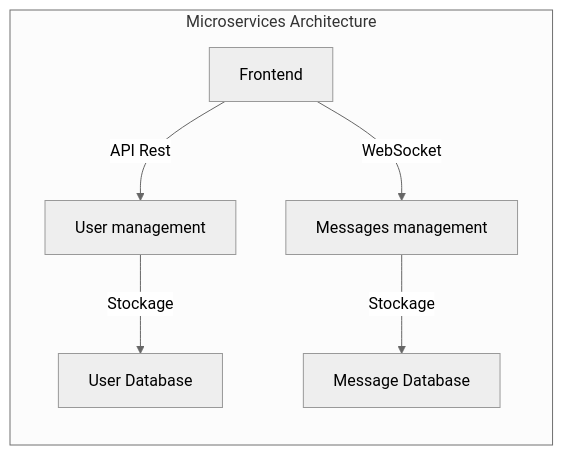
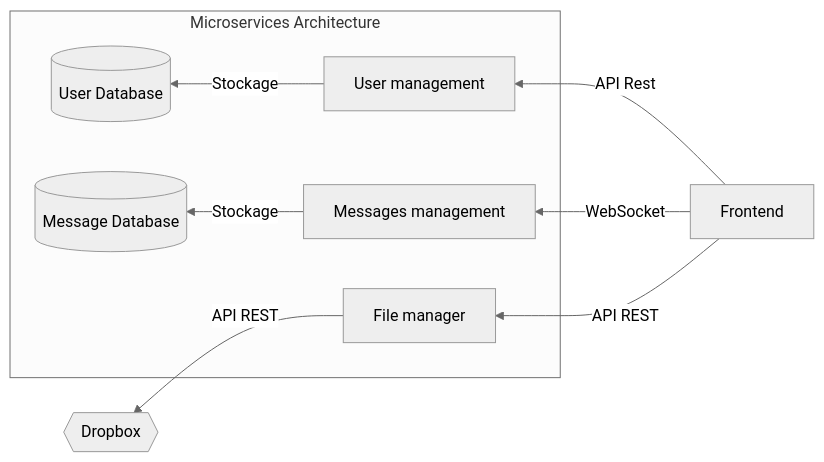
Before and after one commit to YR72dpi/SecuredWhisker: the first of 5 diagrams in README.md, drawn with Mermaid (neutral theme). The commit also changed other lines of this file, not shown here.

````diff
--- a/README.md
+++ b/README.md
@@ -30,16 +30,20 @@
 ```mermaid
 graph RL;
     subgraph "Microservices Architecture"
         UserService["User management"] 
         MessageService["Messages management"]
+        UserDatabase[("User Database")]
+        MessageDatabase[("Message Database")]
+        FileManager["File manager"]
+    end
+        DropBox{{Dropbox}}
         Frontend["Frontend"]
-        UserDatabase["User Database"]
-        MessageDatabase["Message Database"]
-    end
 
     Frontend -->|API Rest| UserService
     Frontend -->|WebSocket| MessageService
+    Frontend -->|API REST| FileManager
+    FileManager -->| API REST| DropBox
     UserService -->|Stockage| UserDatabase
     MessageService -->|Stockage| MessageDatabase
 
 ```
````
